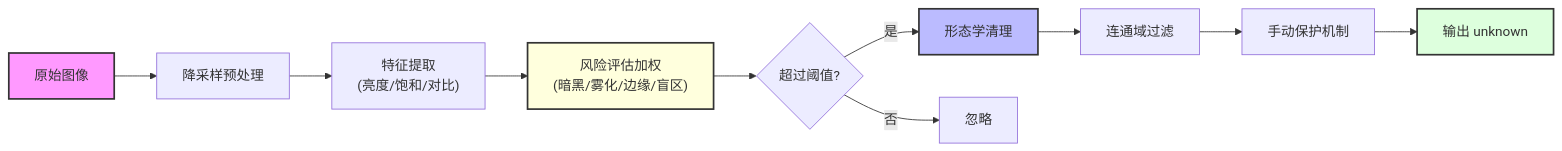
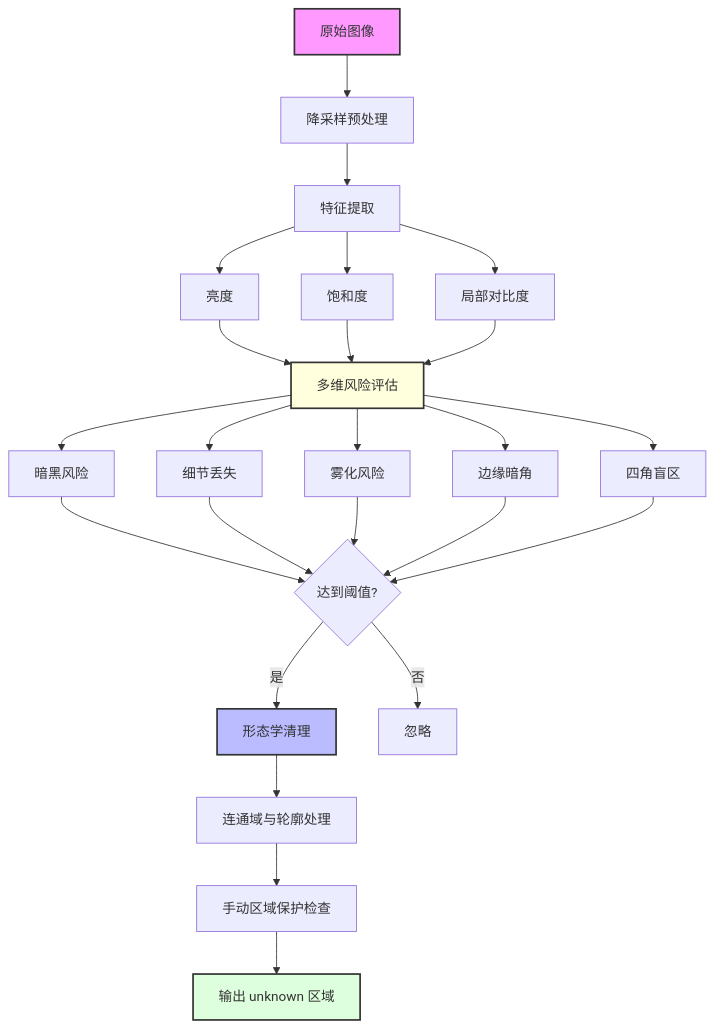
One commit to Kan9C00L/water-gauge-annotator changed the second of 2 diagrams in README.md. Above: the diagram before and after it, drawn with Mermaid.

````diff
--- a/README.md
+++ b/README.md
@@ -31,24 +31,31 @@
 ```mermaid
-graph LR
+graph TD
     A[原始图像] --> B[降采样预处理]
+    B --> C[特征提取]
     
-    B --> C["特征提取<br/>(亮度/饱和/对比)"]
+    C --> C1[亮度]
+    C --> C2[饱和度]
+    C --> C3[局部对比度]
     
-    C --> D["风险评估加权<br/>(暗黑/雾化/边缘/盲区)"]
+    C1 & C2 & C3 --> D[多维风险评估]
     
-    D --> E{超过阈值?}
+    D --> D1[暗黑风险]
+    D --> D2[细节丢失]
+    D --> D3[雾化风险]
+    D --> D4[边缘暗角]
+    D --> D5[四角盲区]
+    
+    D1 & D2 & D3 & D4 & D5 --> E{达到阈值?}
     
     E -->|是| F[形态学清理]
     E -->|否| J[忽略]
     
-    F --> G[连通域过滤]
-    
-    G --> H[手动保护机制]
-    
-    H --> I[输出 unknown]
+    F --> G[连通域与轮廓处理]
+    G --> H[手动区域保护检查]
+    H --> I[输出 unknown 区域]
 
     style A fill:#f9f,stroke:#333,stroke-width:2px
     style D fill:#ffd,stroke:#333,stroke-width:2px
     style F fill:#bbf,stroke:#333,stroke-width:2px
     style I fill:#dfd,stroke:#333,stroke-width:2px
 ```
````
